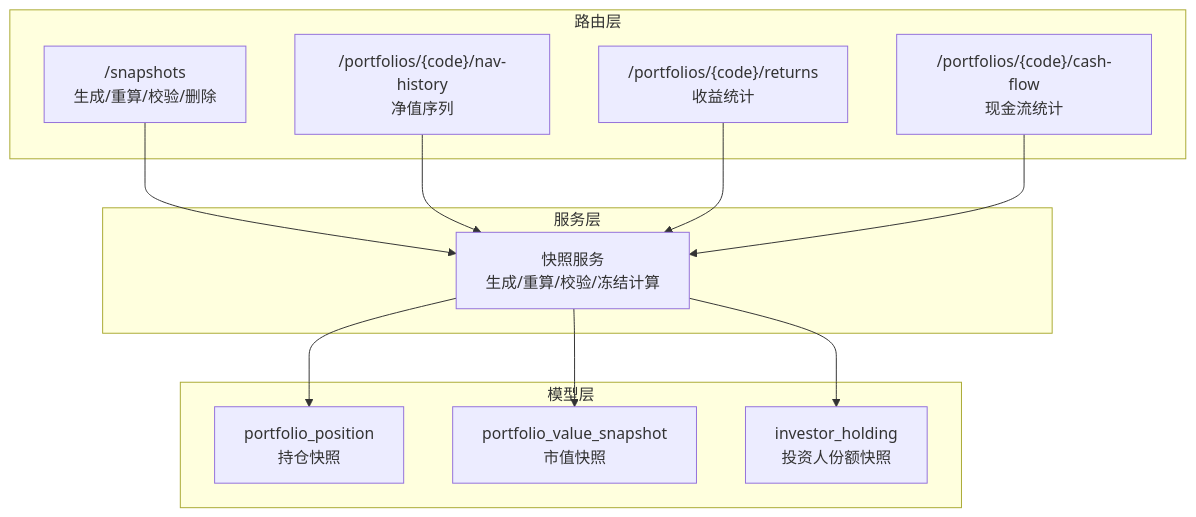
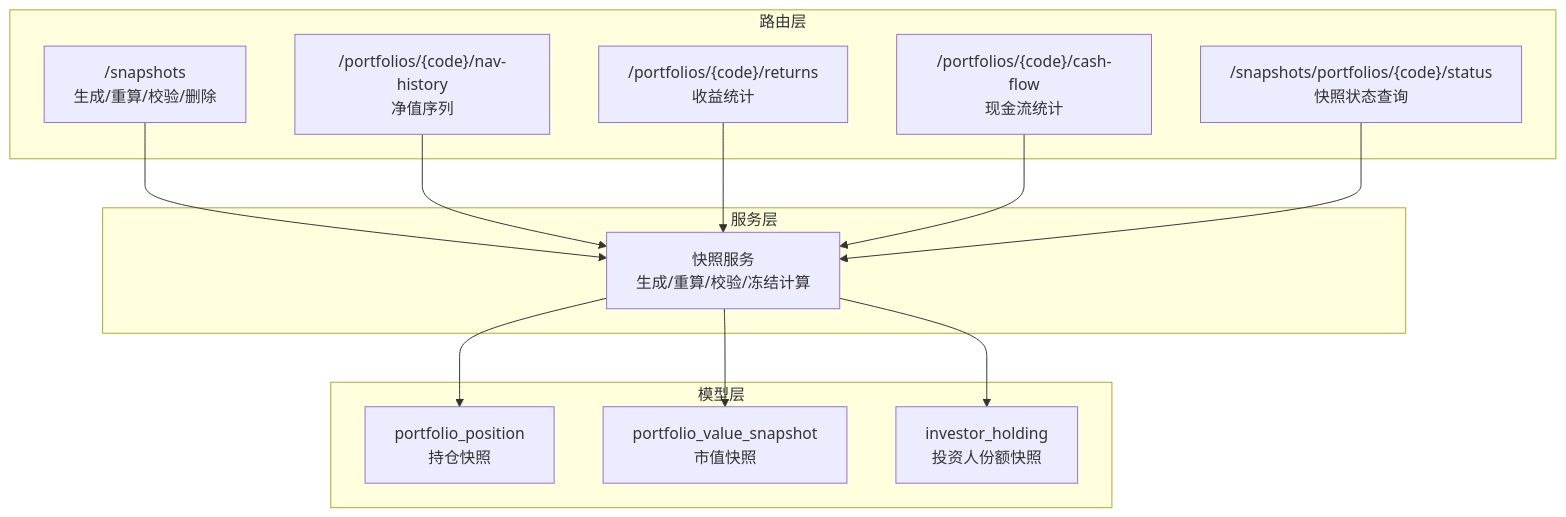
One commit to gujialind/InvestRing changed the first of 5 diagrams in .qoder/repowiki/zh/content/后端API文档/快照系统API.md. Above: the diagram before and after it, drawn with Mermaid. The commit also changed other lines of this file and 16 other files, not shown here.

````diff
--- a/.qoder/repowiki/zh/content/后端API文档/快照系统API.md
+++ b/.qoder/repowiki/zh/content/后端API文档/快照系统API.md
@@ -44,24 +53,26 @@
 ```mermaid
 graph TB
 subgraph "路由层"
 R1["/snapshots<br/>生成/重算/校验/删除"]
 R2["/portfolios/{code}/nav-history<br/>净值序列"]
 R3["/portfolios/{code}/returns<br/>收益统计"]
 R4["/portfolios/{code}/cash-flow<br/>现金流统计"]
+R5["/snapshots/portfolios/{code}/status<br/>快照状态查询"]
 end
 subgraph "服务层"
 S1["快照服务<br/>生成/重算/校验/冻结计算"]
 end
 subgraph "模型层"
 M1["portfolio_position<br/>持仓快照"]
 M2["portfolio_value_snapshot<br/>市值快照"]
 M3["investor_holding<br/>投资人份额快照"]
 end
 R1 --> S1
 R2 --> S1
 R3 --> S1
 R4 --> S1
+R5 --> S1
 S1 --> M1
 S1 --> M2
 S1 --> M3
 ```
````
